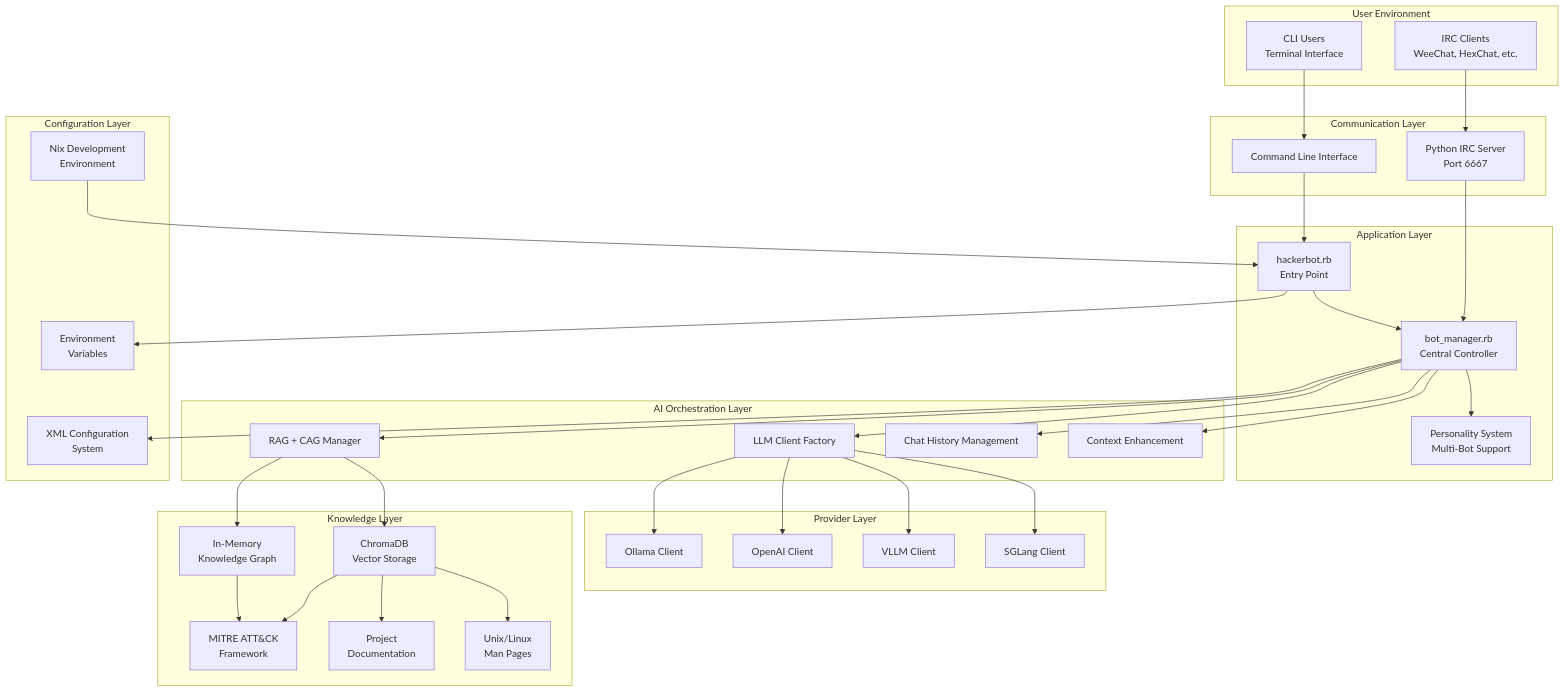
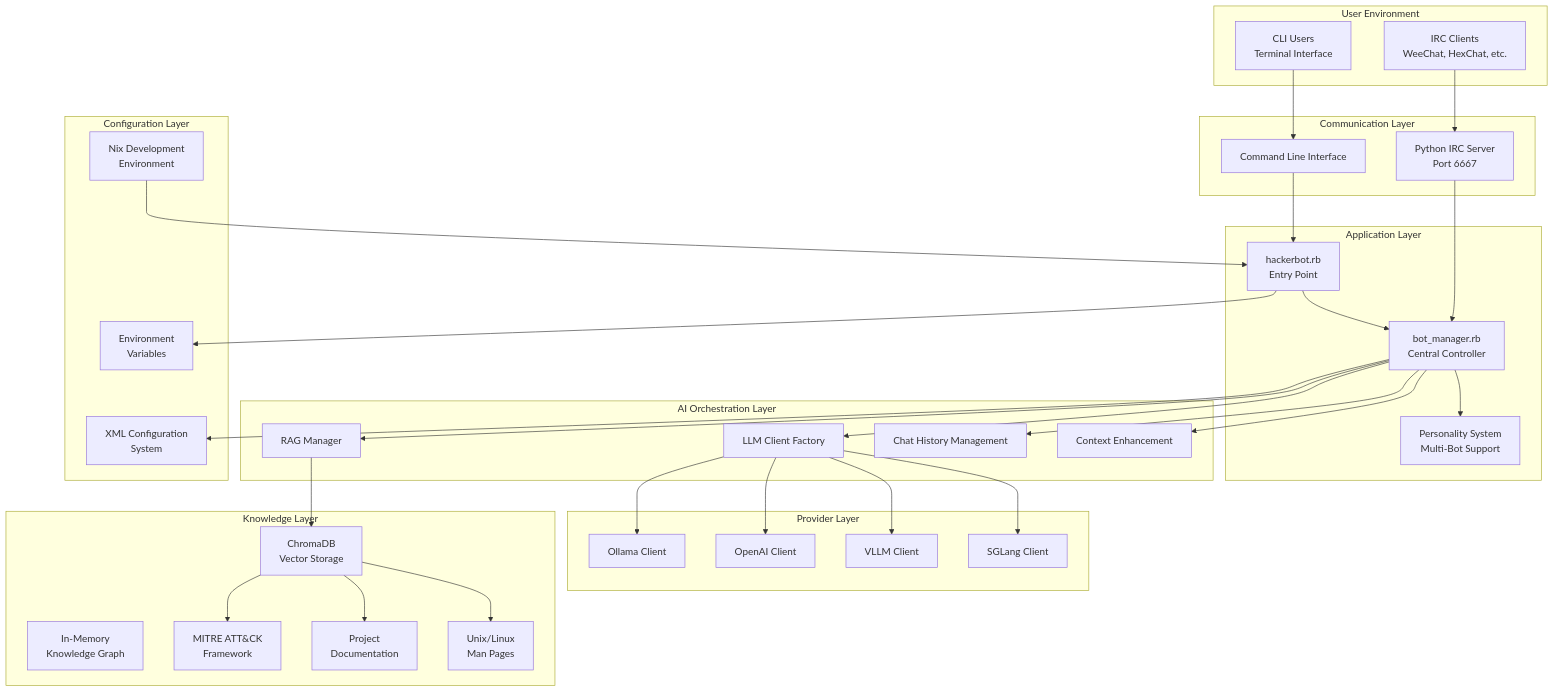
Before and after one commit to mission-deny-the-mission/opt_hackerbot: the first of 8 diagrams in docs/architecture.md, drawn with Mermaid. The commit also changed other lines of this file and 1 other file, not shown here.

````diff
--- a/docs/architecture.md
+++ b/docs/architecture.md
@@ -84,74 +86,72 @@
 ```mermaid
 graph TB
     subgraph "User Environment"
         IRC_CLIENTS[IRC Clients<br/>WeeChat, HexChat, etc.]
         CLI_USERS[CLI Users<br/>Terminal Interface]
     end
     
     subgraph "Communication Layer"
         IRC_SERVER[Python IRC Server<br/>Port 6667]
         CLI_INTERFACE[Command Line Interface]
     end
     
     subgraph "Application Layer"
         HACKERBOT[hackerbot.rb<br/>Entry Point]
         BOT_MANAGER[bot_manager.rb<br/>Central Controller]
         PERSONALITY[Personality System<br/>Multi-Bot Support]
     end
     
     subgraph "AI Orchestration Layer"
         LLM_FACTORY[LLM Client Factory]
-        RAGCAG_MANAGER[RAG + CAG Manager]
+        RAG_MANAGER[RAG Manager]
         CHAT_HISTORY[Chat History Management]
         CONTEXT_ENHANCEMENT[Context Enhancement]
     end
     
     subgraph "Provider Layer"
         OLLAMA[Ollama Client]
         OPENAI[OpenAI Client]
         VLLM[VLLM Client]
         SGLANG[SGLang Client]
     end
     
     subgraph "Knowledge Layer"
         VECTOR_DB[ChromaDB<br/>Vector Storage]
         KNOWLEDGE_GRAPH[In-Memory<br/>Knowledge Graph]
         MITRE_FRAMEWORK[MITRE ATT&CK<br/>Framework]
         DOCUMENTATION[Project<br/>Documentation]
         MAN_PAGES[Unix/Linux<br/>Man Pages]
     end
     
     subgraph "Configuration Layer"
         XML_CONFIG[XML Configuration<br/>System]
         ENV_VARS[Environment<br/>Variables]
         NIX_ENV[Nix Development<br/>Environment]
     end
     
     IRC_CLIENTS --> IRC_SERVER
     CLI_USERS --> CLI_INTERFACE
     IRC_SERVER --> BOT_MANAGER
     CLI_INTERFACE --> HACKERBOT
     HACKERBOT --> BOT_MANAGER
     
     BOT_MANAGER --> PERSONALITY
     BOT_MANAGER --> LLM_FACTORY
-    BOT_MANAGER --> RAGCAG_MANAGER
+    BOT_MANAGER --> RAG_MANAGER
     BOT_MANAGER --> CHAT_HISTORY
     BOT_MANAGER --> CONTEXT_ENHANCEMENT
     
     LLM_FACTORY --> OLLAMA
     LLM_FACTORY --> OPENAI
     LLM_FACTORY --> VLLM
     LLM_FACTORY --> SGLANG
     
-    RAGCAG_MANAGER --> VECTOR_DB
-    RAGCAG_MANAGER --> KNOWLEDGE_GRAPH
+    RAG_MANAGER --> VECTOR_DB
     VECTOR_DB --> MITRE_FRAMEWORK
     VECTOR_DB --> DOCUMENTATION
     VECTOR_DB --> MAN_PAGES
-    KNOWLEDGE_GRAPH --> MITRE_FRAMEWORK
     
     BOT_MANAGER --> XML_CONFIG
     HACKERBOT --> ENV_VARS
     NIX_ENV --> HACKERBOT
 ```
````
